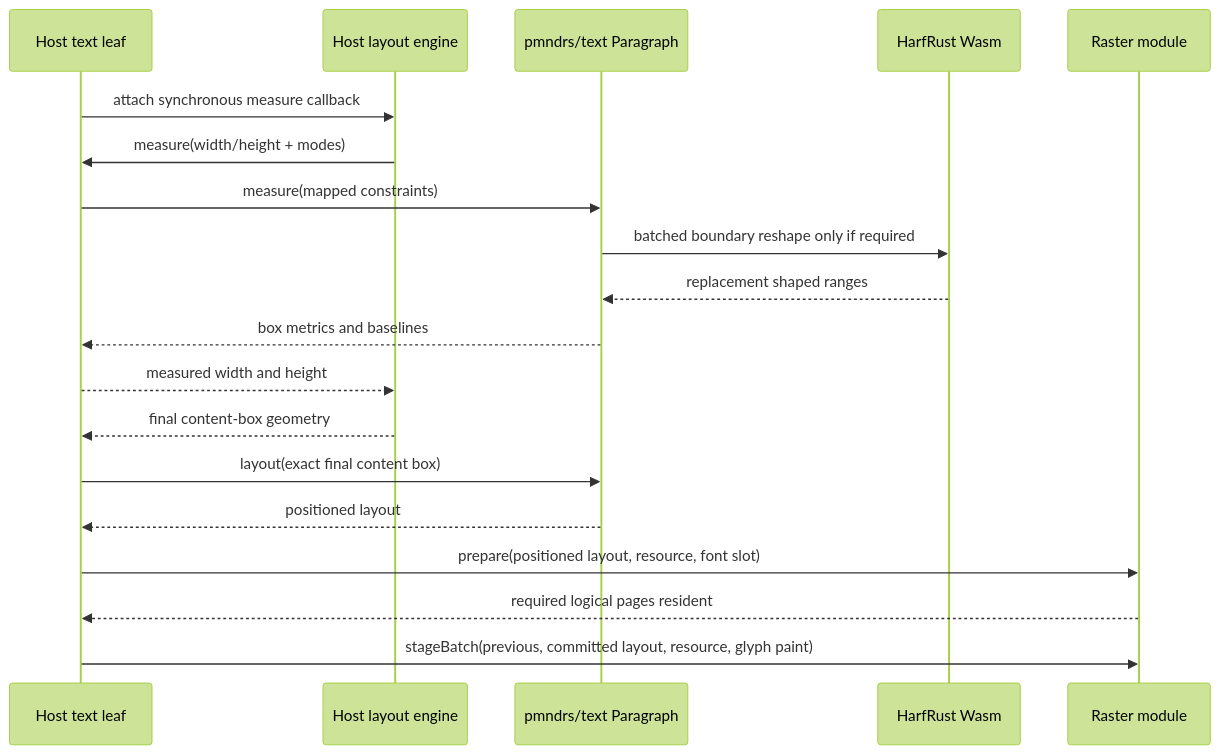
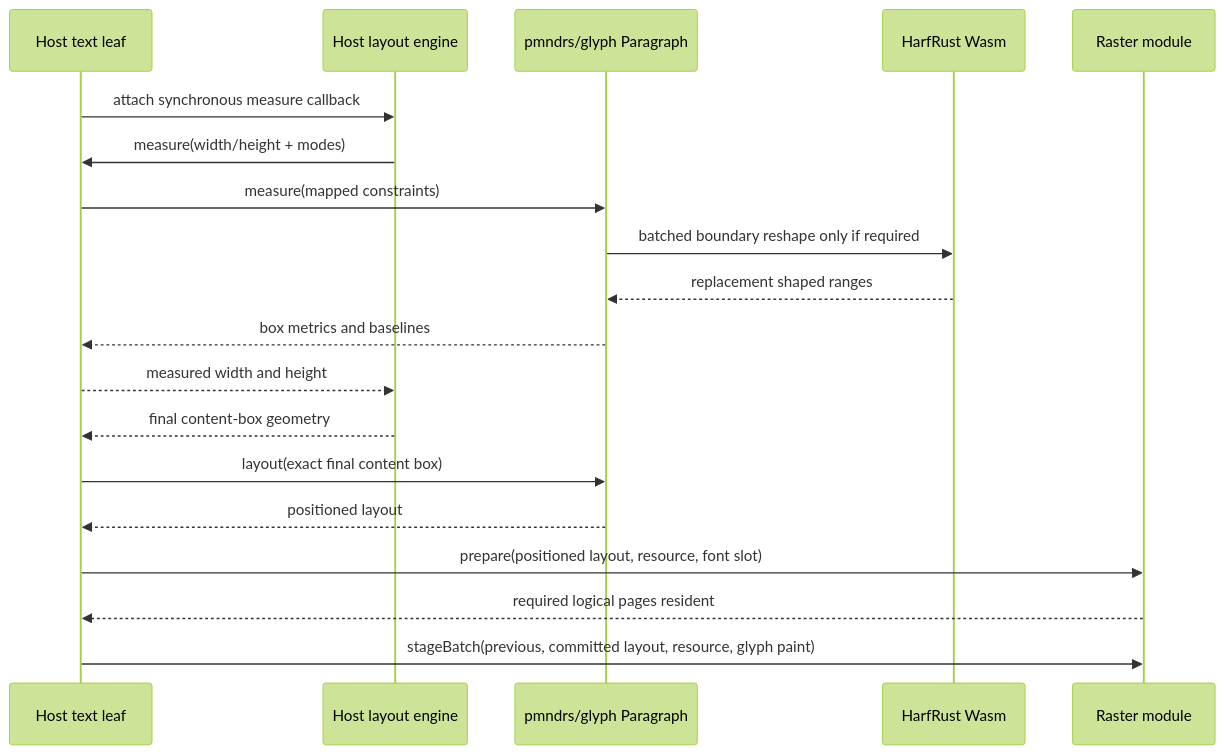
Before and after one commit to alvarosabu/glyph: the sixth of 6 diagrams in docs/planning/architecture.md, drawn with Mermaid (forest theme). The commit also changed other lines of this file and 782 other files, not shown here.

Commit message:
refactor!: rename text package to glyph (#78)

````diff
--- a/docs/planning/architecture.md
+++ b/docs/planning/architecture.md
@@ -346,22 +346,22 @@
 ```mermaid
 sequenceDiagram
   participant U as Host text leaf
   participant Y as Host layout engine
-  participant P as pmndrs/text Paragraph
+  participant P as pmndrs/glyph Paragraph
   participant W as HarfRust Wasm
   participant R as Raster module
 
   U->>Y: attach synchronous measure callback
   Y->>U: measure(width/height + modes)
   U->>P: measure(mapped constraints)
   P->>W: batched boundary reshape only if required
   W-->>P: replacement shaped ranges
   P-->>U: box metrics and baselines
   U-->>Y: measured width and height
   Y-->>U: final content-box geometry
   U->>P: layout(exact final content box)
   P-->>U: positioned layout
   U->>R: prepare(positioned layout, resource, font slot)
   R-->>U: required logical pages resident
   U->>R: stageBatch(previous, committed layout, resource, glyph paint)
 ```
````
